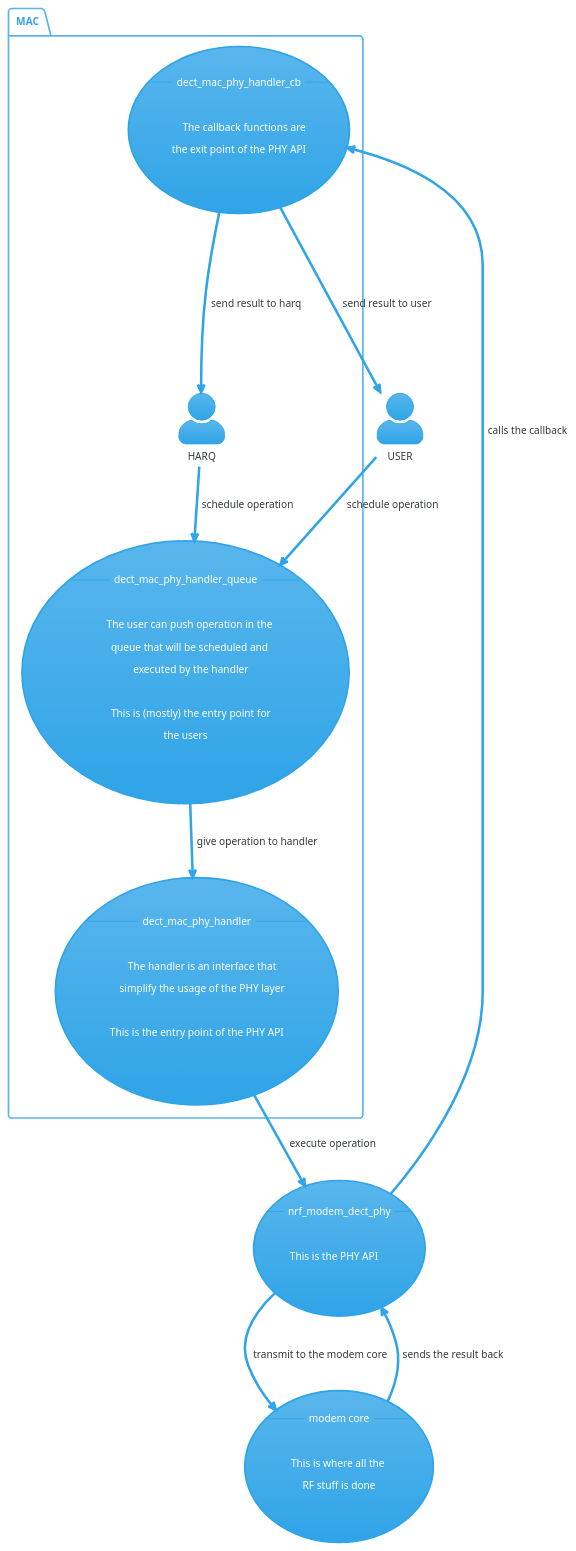
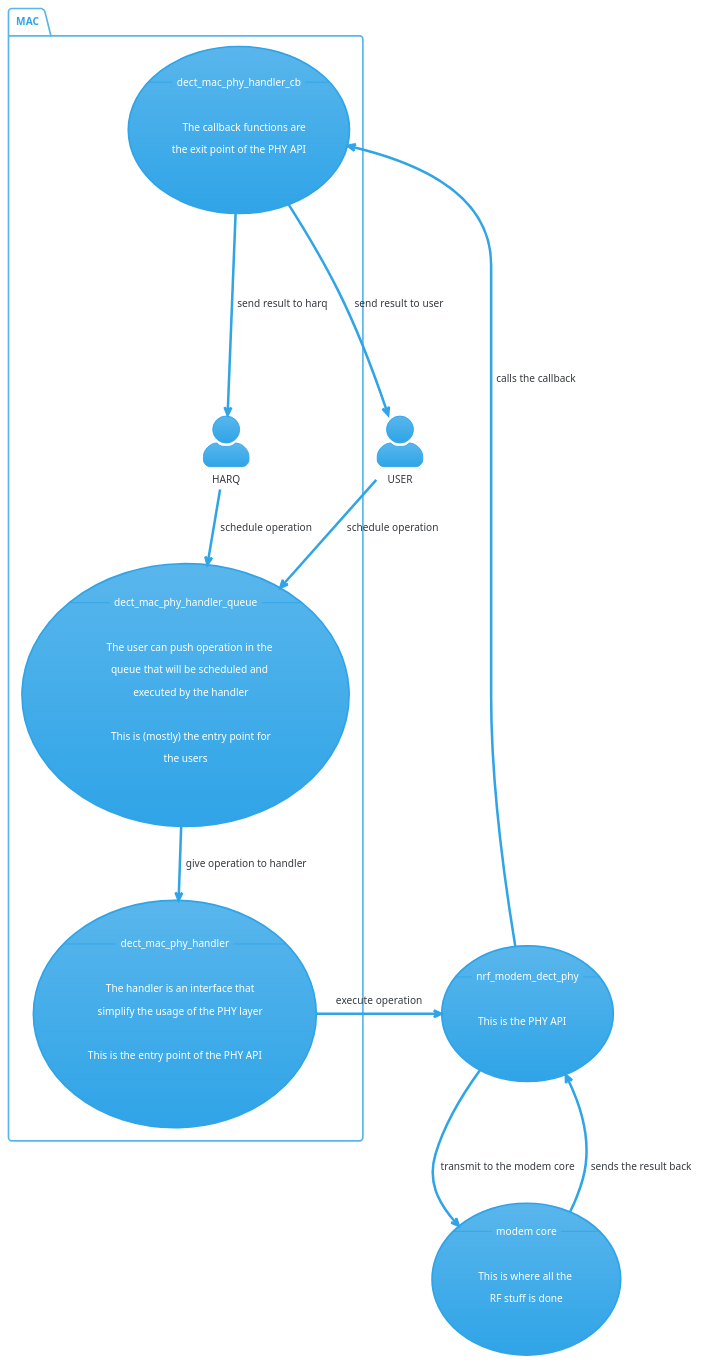
The diagram in doc/diagrams/phy_handler_use_case.puml (Terrazed/bachelor-project_dect-nr-plus-harq), drawn with PlantUML before and after one commit.

```diff
--- a/doc/diagrams/phy_handler_use_case.puml
+++ b/doc/diagrams/phy_handler_use_case.puml
@@ -1,62 +1,62 @@
 @startuml
 
 !theme cerulean
 'skinparam DefaultFontSize 16
 skinparam defaultFontName Gotham Black
 
 
 skinparam actorStyle awesome
 
 :USER: as user
 
 package MAC {
     :HARQ: as harq
 
     usecase queue as "--dect_mac_phy_handler_queue--
 
     The user can push operation in the 
     queue that will be scheduled and 
     executed by the handler
 
     This is (mostly) the entry point for
     the users"
 
 
     usecase handler as "--dect_mac_phy_handler--
 
     The handler is an interface that
     simplify the usage of the PHY layer
 
     This is the entry point of the PHY API"
 
     usecase callback as "--dect_mac_phy_handler_cb--
 
     The callback functions are
     the exit point of the PHY API"
 }
 
 usecase phy as "--nrf_modem_dect_phy--
 
 This is the PHY API"
 
 usecase modem as "--modem core--
 
 This is where all the 
 RF stuff is done"
 
 
 
 
 user --> queue : schedule operation
 harq --> queue : schedule operation
 queue --> handler : give operation to handler
-handler --> phy : execute operation
+handler -> phy : execute operation
 phy --> modem : transmit to the modem core
 modem --> phy : sends the result back
 phy --> callback : calls the callback
 callback ----> user : send result to user
 callback ----> harq : send result to harq
 
 
 
 @enduml
```
